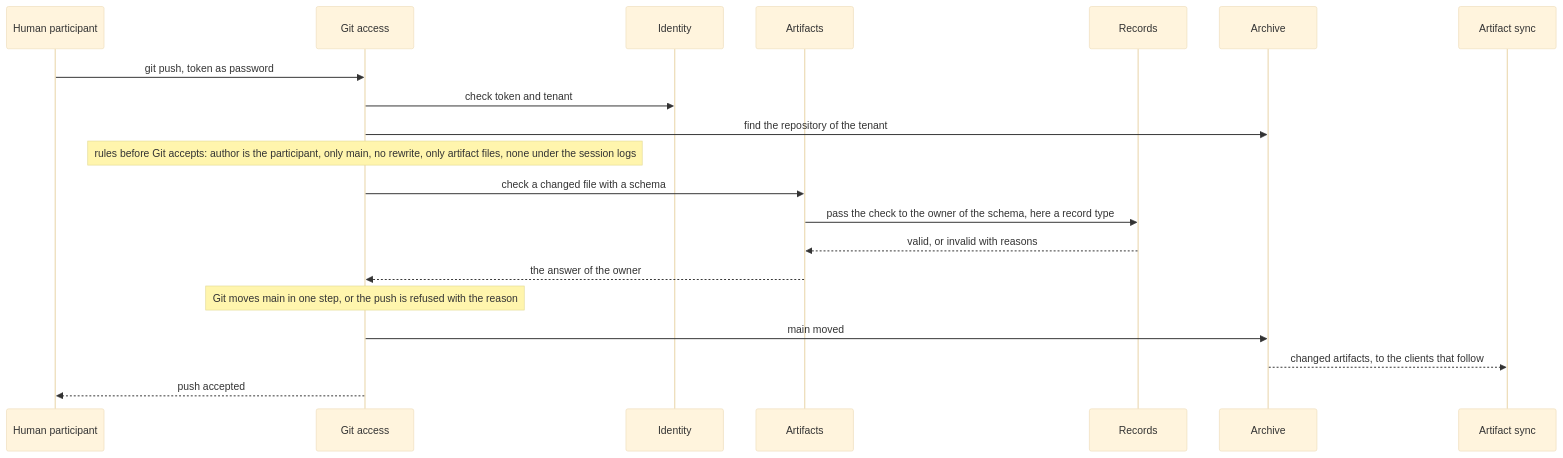
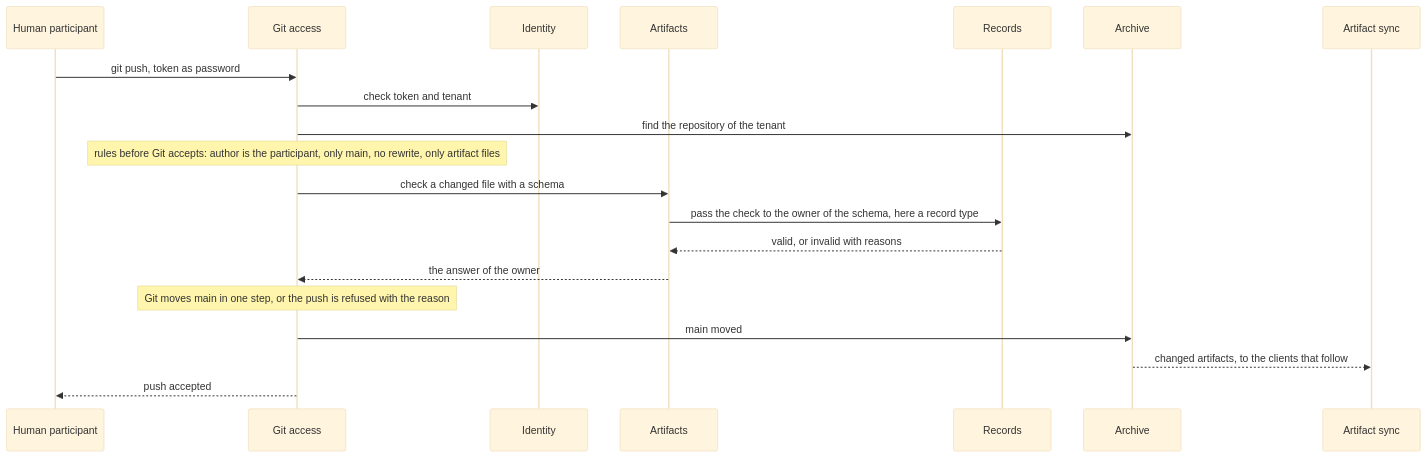
The ninth of 15 diagrams in docs/architecture/06-runtime-view.arc42.md (mrsimpson/agentic-office), drawn with Mermaid (base theme) before and after one commit. The commit also changed 3 other files, not shown here.

First line of the commit message:
docs(architecture): keep the session logs in their own repository

````diff
--- a/docs/architecture/06-runtime-view.arc42.md
+++ b/docs/architecture/06-runtime-view.arc42.md
@@ -379,22 +379,22 @@
 ```mermaid
 sequenceDiagram
     participant actor_human as Human participant
     participant bb_git_access as Git access
     participant bb_identity as Identity
     participant bb_artifacts as Artifacts
     participant bb_records as Records
     participant bb_archive as Archive
     participant bb_sync as Artifact sync
     actor_human->>bb_git_access: git push, token as password
     bb_git_access->>bb_identity: check token and tenant
     bb_git_access->>bb_archive: find the repository of the tenant
-    Note over bb_git_access: rules before Git accepts: author is the participant, only main, no rewrite, only artifact files, none under the session logs
+    Note over bb_git_access: rules before Git accepts: author is the participant, only main, no rewrite, only artifact files
     bb_git_access->>bb_artifacts: check a changed file with a schema
     bb_artifacts->>bb_records: pass the check to the owner of the schema, here a record type
     bb_records-->>bb_artifacts: valid, or invalid with reasons
     bb_artifacts-->>bb_git_access: the answer of the owner
     Note over bb_git_access: Git moves main in one step, or the push is refused with the reason
     bb_git_access->>bb_archive: main moved
     bb_archive-->>bb_sync: changed artifacts, to the clients that follow
     bb_git_access-->>actor_human: push accepted
 ```
````
